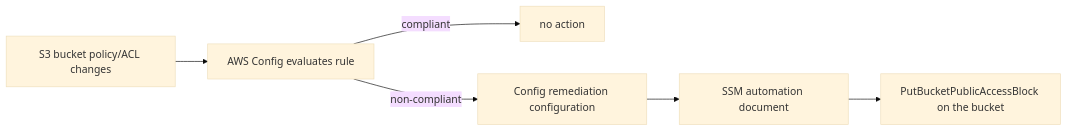
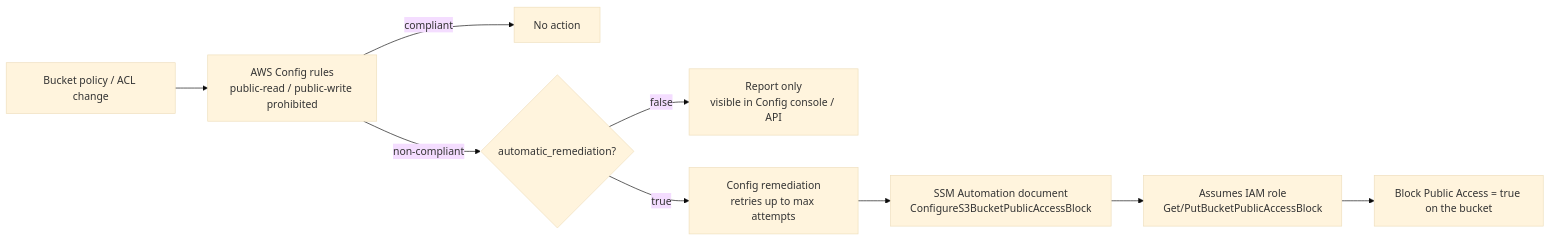
One commit to zeinhaidara/18-terraform-s3-public-remediation changed the diagram in README.md. Above: the diagram before and after it, drawn with Mermaid (base theme). The commit also changed other lines of this file and 5 other files, not shown here.

First line of the commit message:
Fix remediation document, exemption scope and IAM trust; harden module (#3)

````diff
--- a/README.md
+++ b/README.md
@@ -22,8 +8,11 @@
 ```mermaid
 flowchart LR
-  A[S3 bucket policy/ACL changes] --> B[AWS Config evaluates rule]
-  B -->|compliant| C[no action]
-  B -->|non-compliant| D[Config remediation configuration]
-  D --> E[SSM automation document]
-  E --> F[PutBucketPublicAccessBlock on the bucket]
+  A[Bucket policy / ACL change] --> B["AWS Config rules<br/>public-read / public-write prohibited"]
+  B -->|compliant| C[No action]
+  B -->|non-compliant| D{automatic_remediation?}
+  D -->|false| E[Report only<br/>visible in Config console / API]
+  D -->|true| F["Config remediation<br/>retries up to max attempts"]
+  F --> G["SSM Automation document<br/>ConfigureS3BucketPublicAccessBlock"]
+  G --> H["Assumes IAM role<br/>Get/PutBucketPublicAccessBlock"]
+  H --> I[Block Public Access = true on the bucket]
 ```
````
